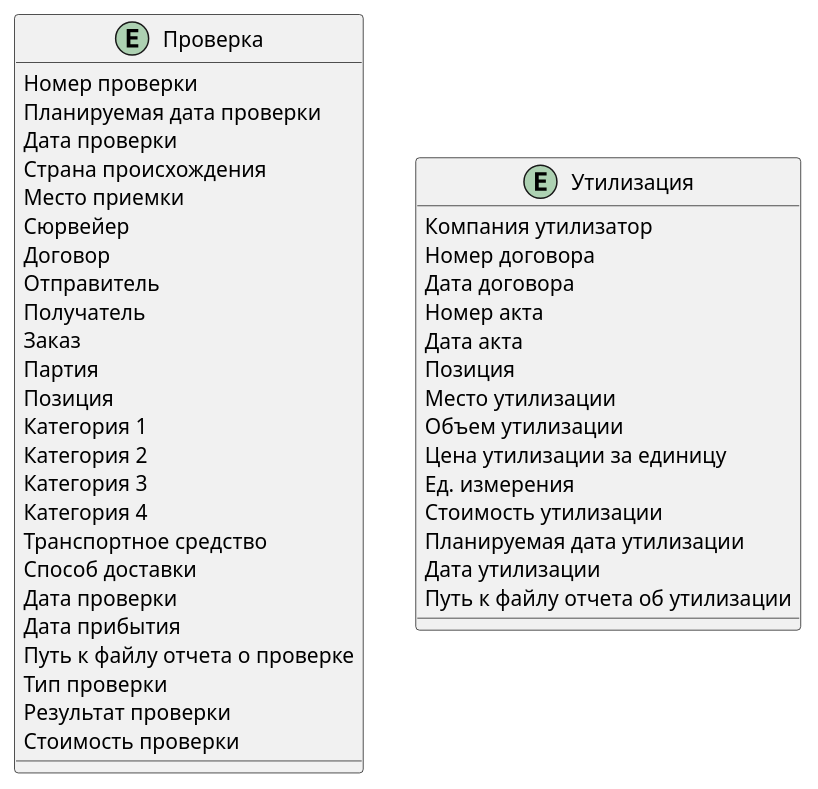
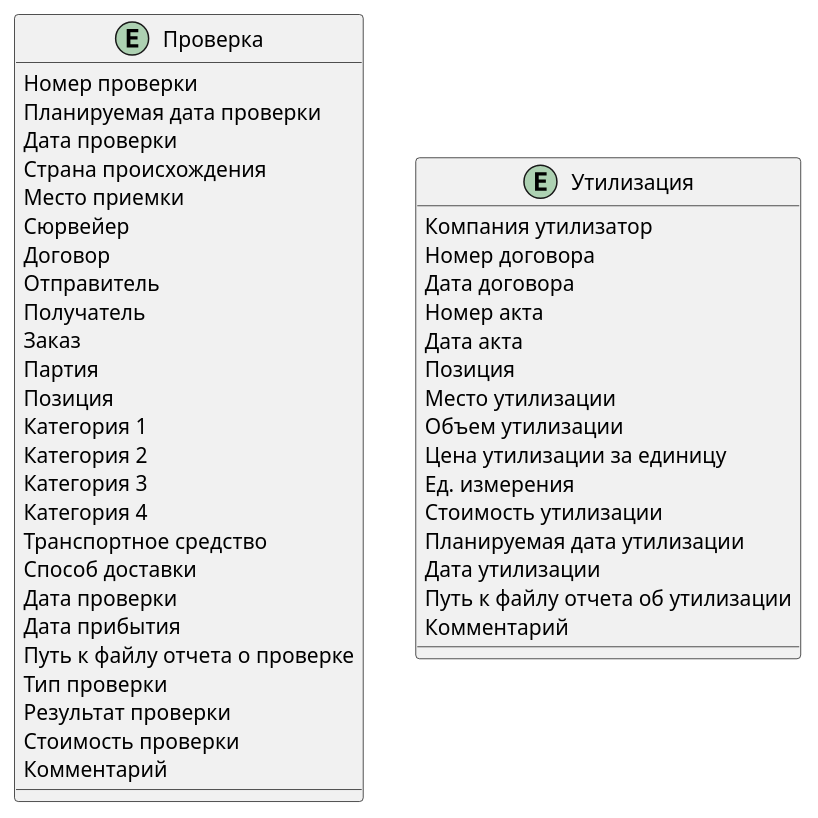
The diagram in 01_dwh_design/08_project/erd/inspections_initial.puml (rsnlearn/karpov_hard_de_40), drawn with PlantUML before and after one commit.

```diff
--- a/01_dwh_design/08_project/erd/inspections_initial.puml
+++ b/01_dwh_design/08_project/erd/inspections_initial.puml
@@ -1,52 +1,54 @@
 @startuml
 ' hide the spot
 ' hide circle
 
 ' avoid problems with angled crows feet
 skinparam linetype ortho
 
 entity Проверка {
 Номер проверки
 Планируемая дата проверки
 Дата проверки
 Страна происхождения
 Место приемки
 Сюрвейер
 Договор
 Отправитель
 Получатель
 Заказ
 Партия
 Позиция
 Категория 1
 Категория 2
 Категория 3
 Категория 4
 Транспортное средство
 Способ доставки
 Дата проверки
 Дата прибытия
 Путь к файлу отчета о проверке
 Тип проверки
 Результат проверки
 Стоимость проверки
+Комментарий
 }
 
 entity Утилизация {
 Компания утилизатор
 Номер договора
 Дата договора
 Номер акта
 Дата акта
 Позиция
 Место утилизации
 Объем утилизации
 Цена утилизации за единицу
 Ед. измерения
 Стоимость утилизации
 Планируемая дата утилизации
 Дата утилизации
 Путь к файлу отчета об утилизации
+Комментарий
 }
 
 @enduml
```
